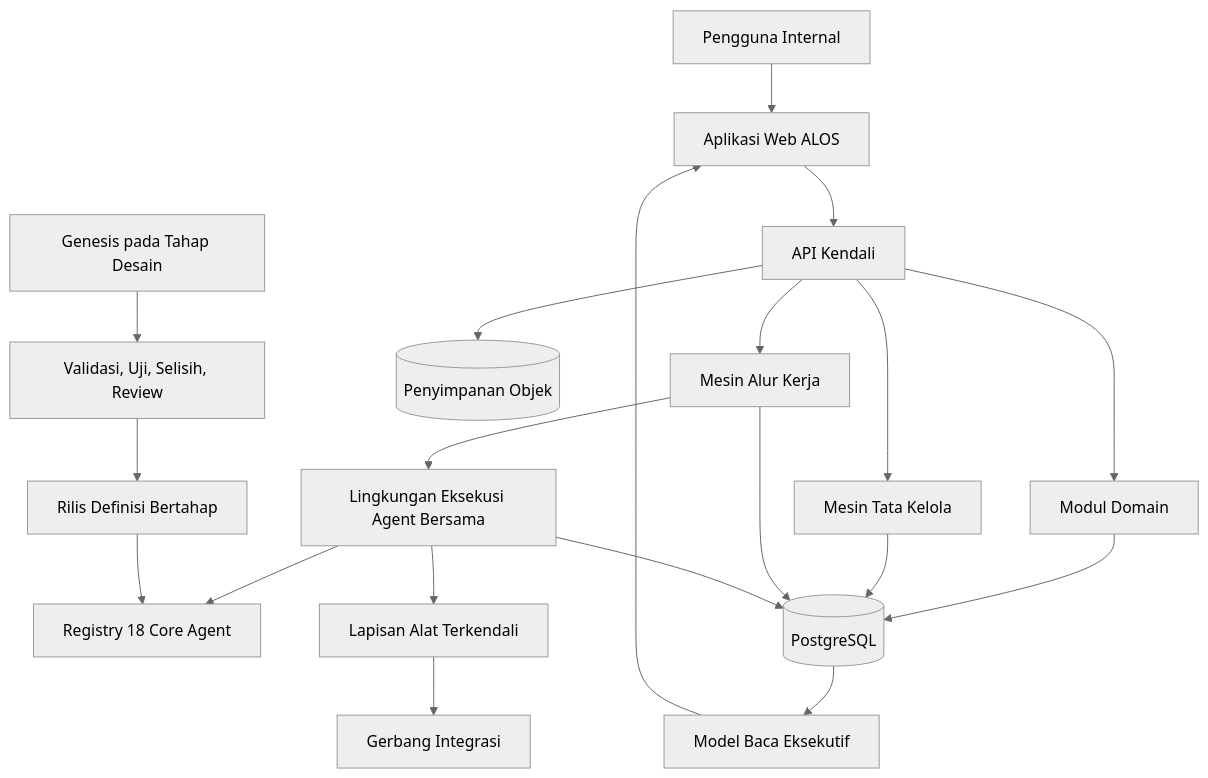
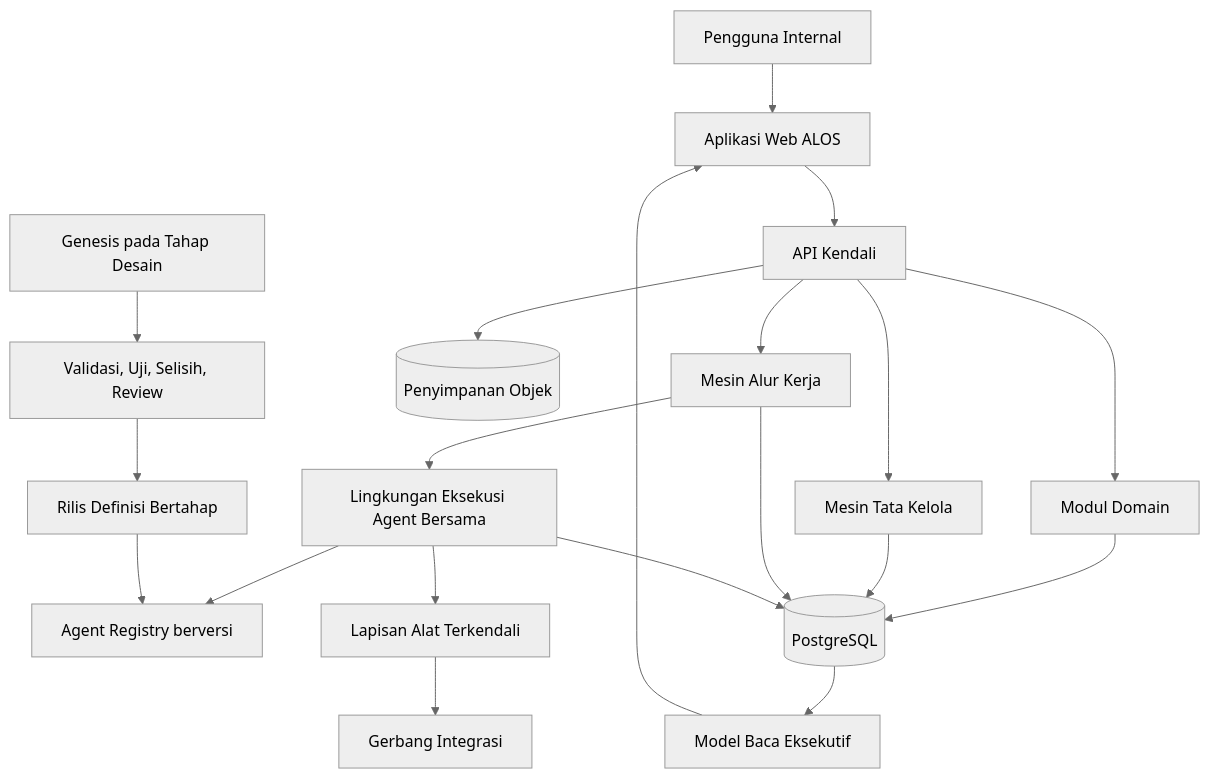
The diagram in docs/implementation/ALOS_IMPLEMENTATION_PLAN.md (andara-alos-ai/alos), drawn with Mermaid (neutral theme) before and after one commit. The commit also changed other lines of this file and 164 other files, not shown here.

````diff
--- a/docs/implementation/ALOS_IMPLEMENTATION_PLAN.md
+++ b/docs/implementation/ALOS_IMPLEMENTATION_PLAN.md
@@ -115,22 +115,22 @@
 ```mermaid
 flowchart TD
     U[Pengguna Internal] --> W[Aplikasi Web ALOS]
     W --> A[API Kendali]
     A --> D[Modul Domain]
     A --> G[Mesin Tata Kelola]
     A --> F[Mesin Alur Kerja]
     F --> R[Lingkungan Eksekusi Agent Bersama]
-    R --> AR[Registry 18 Core Agent]
+    R --> AR[Agent Registry berversi]
     R --> T[Lapisan Alat Terkendali]
     T --> I[Gerbang Integrasi]
     D --> P[(PostgreSQL)]
     G --> P
     F --> P
     R --> P
     A --> O[(Penyimpanan Objek)]
     P --> X[Model Baca Eksekutif]
     X --> W
     Z[Genesis pada Tahap Desain] --> V[Validasi, Uji, Selisih, Review]
     V --> S[Rilis Definisi Bertahap]
     S --> AR
 ```
````
